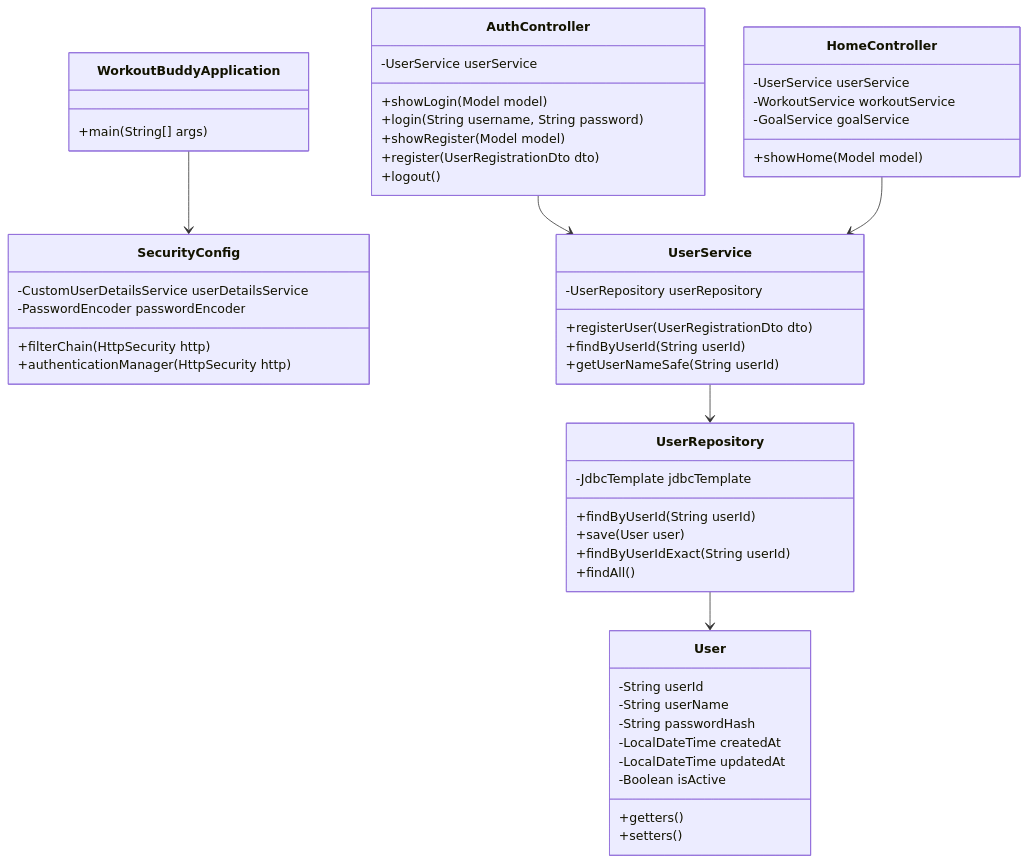
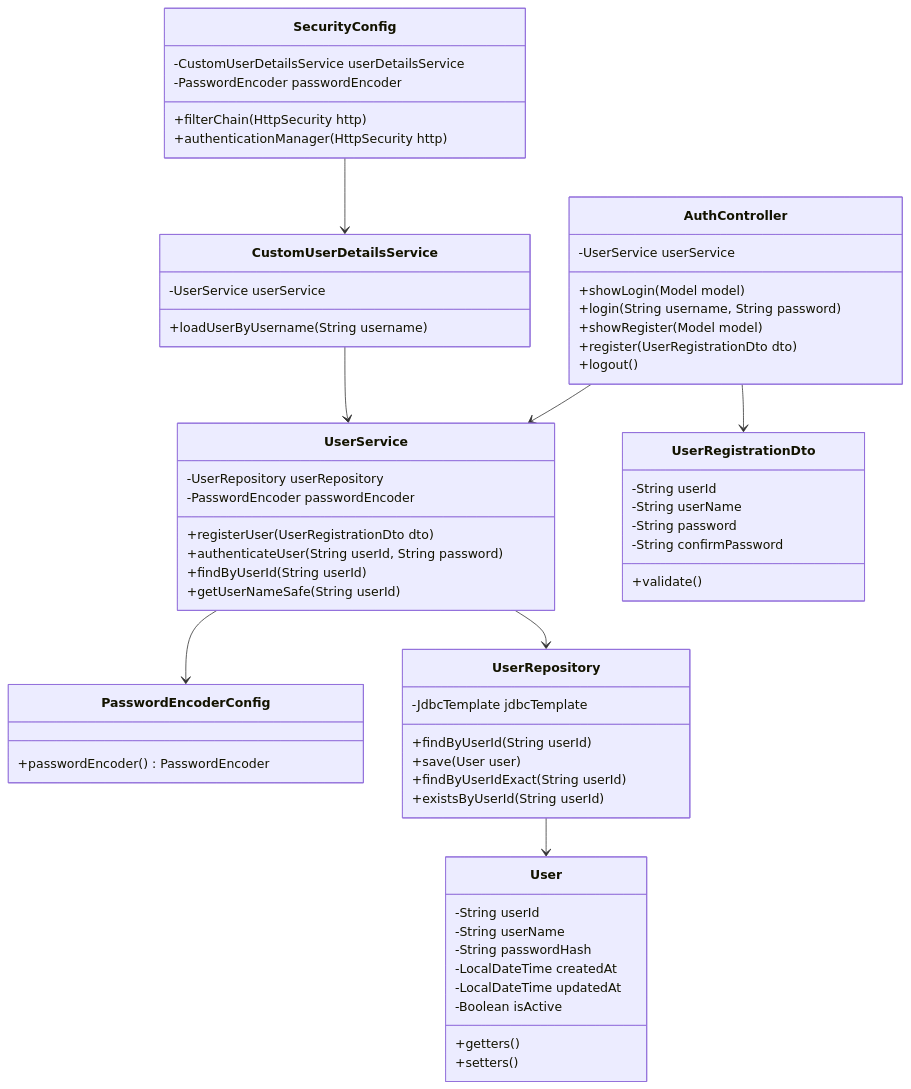
The second of 7 diagrams in README.md (kotagile/osyantyBady), drawn with Mermaid before and after one commit. The commit also changed other lines of this file, not shown here.

Commit message:
クラス図

````diff
--- a/README.md
+++ b/README.md
@@ -234,61 +236,71 @@
 ```mermaid
 classDiagram
-    class WorkoutBuddyApplication {
-        +main(String[] args)
+    class AuthController {
+        -UserService userService
+        +showLogin(Model model)
+        +login(String username, String password)
+        +showRegister(Model model)
+        +register(UserRegistrationDto dto)
+        +logout()
     }
     
     class SecurityConfig {
         -CustomUserDetailsService userDetailsService
         -PasswordEncoder passwordEncoder
         +filterChain(HttpSecurity http)
         +authenticationManager(HttpSecurity http)
     }
     
-    class AuthController {
-        -UserService userService
-        +showLogin(Model model)
-        +login(String username, String password)
-        +showRegister(Model model)
-        +register(UserRegistrationDto dto)
-        +logout()
-    }
-    
-    class HomeController {
-        -UserService userService
-        -WorkoutService workoutService
-        -GoalService goalService
-        +showHome(Model model)
+    class PasswordEncoderConfig {
+        +passwordEncoder() PasswordEncoder
     }
     
     class UserService {
         -UserRepository userRepository
+        -PasswordEncoder passwordEncoder
         +registerUser(UserRegistrationDto dto)
+        +authenticateUser(String userId, String password)
         +findByUserId(String userId)
         +getUserNameSafe(String userId)
+    }
+    
+    class CustomUserDetailsService {
+        -UserService userService
+        +loadUserByUsername(String username)
     }
     
     class UserRepository {
         -JdbcTemplate jdbcTemplate
         +findByUserId(String userId)
         +save(User user)
         +findByUserIdExact(String userId)
-        +findAll()
+        +existsByUserId(String userId)
     }
     
     class User {
         -String userId
         -String userName
         -String passwordHash
         -LocalDateTime createdAt
         -LocalDateTime updatedAt
         -Boolean isActive
         +getters()
         +setters()
     }
     
-    WorkoutBuddyApplication --> SecurityConfig
+    class UserRegistrationDto {
+        -String userId
+        -String userName
+        -String password
+        -String confirmPassword
+        +validate()
+    }
+    
     AuthController --> UserService
-    HomeController --> UserService
+    SecurityConfig --> CustomUserDetailsService
+    CustomUserDetailsService --> UserService
     UserService --> UserRepository
+    UserService --> PasswordEncoderConfig
     UserRepository --> User
+    AuthController --> UserRegistrationDto
 ```
````
